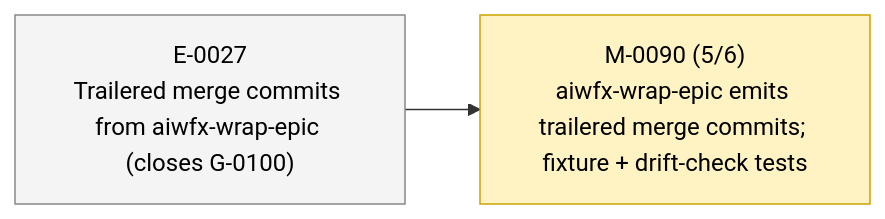
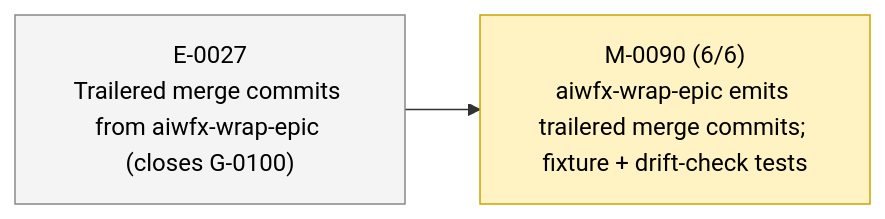
One commit to 23min/aiwf changed the second of 2 diagrams in STATUS.md. Above: the diagram before and after it, drawn with Mermaid. The commit also changed other lines of this file and 1 other file, not shown here.

````diff
--- a/STATUS.md
+++ b/STATUS.md
@@ -51,12 +51,12 @@
 ```mermaid
 flowchart LR
   E_0027["E-0027<br/>Trailered merge commits from aiwfx-wrap-epic (closes G-0100)"]:::epic_proposed
-  M_0090["M-0090 (5/6)<br/>aiwfx-wrap-epic emits trailered merge commits; fixture + drift-check tests"]:::ms_in_progress
+  M_0090["M-0090 (6/6)<br/>aiwfx-wrap-epic emits trailered merge commits; fixture + drift-check tests"]:::ms_in_progress
   E_0027 --> M_0090
   classDef epic_active fill:#d6eaff,stroke:#1a73e8,color:#000
   classDef epic_proposed fill:#f4f4f4,stroke:#888,color:#000
   classDef ms_done fill:#d8f5d8,stroke:#2a8a2a,color:#000
   classDef ms_in_progress fill:#fff3c4,stroke:#caa400,color:#000
   classDef ms_draft fill:#f4f4f4,stroke:#888,color:#000
   classDef ms_cancelled fill:#fbeaea,stroke:#c33,color:#000
 ```
````
